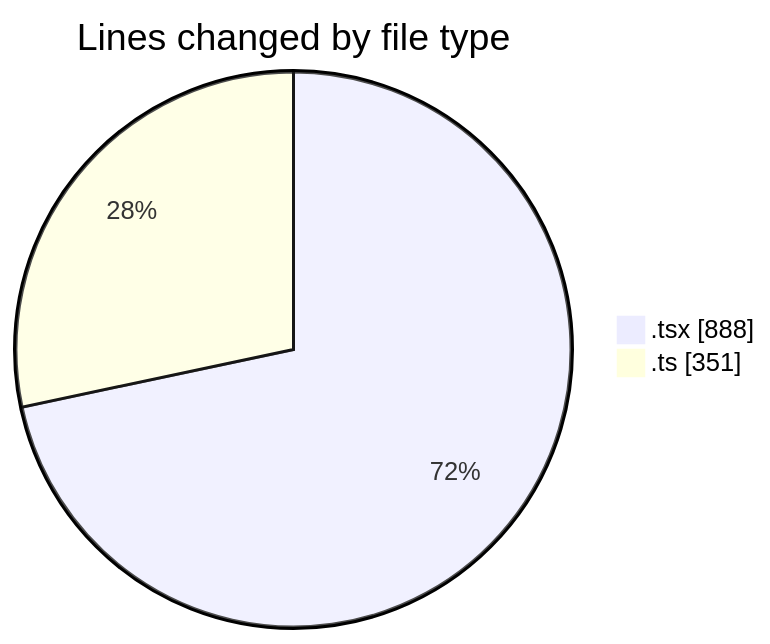
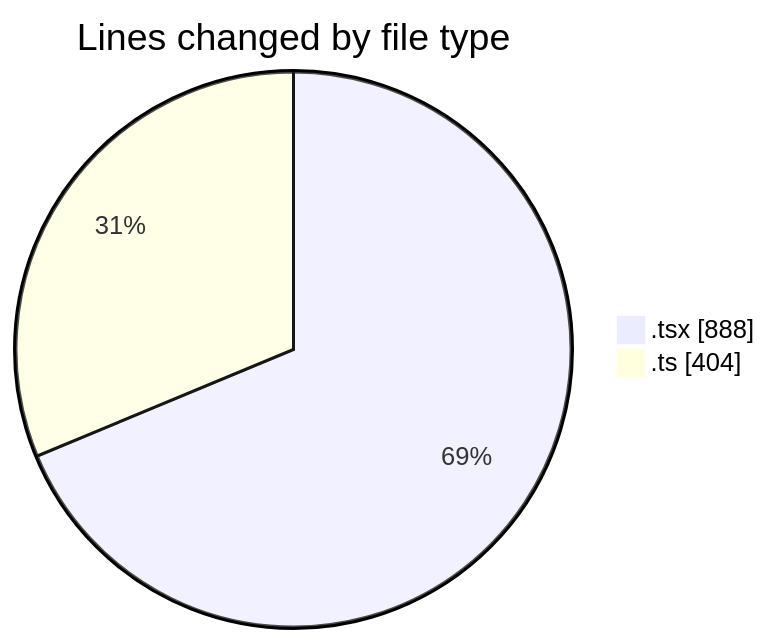
One commit to momahboobian/code-tracking changed the first of 2 diagrams in 2025-07-11/cda/README.md. Above: the diagram before and after it, drawn with Mermaid. The commit also changed other lines of this file and 1 other file, not shown here.

````diff
--- a/2025-07-11/cda/README.md
+++ b/2025-07-11/cda/README.md
@@ -23,6 +23,6 @@
 ```mermaid
 pie showData
 title Lines changed by file type
 ".tsx" : 888
-".ts" : 351
+".ts" : 404
 ```
````
